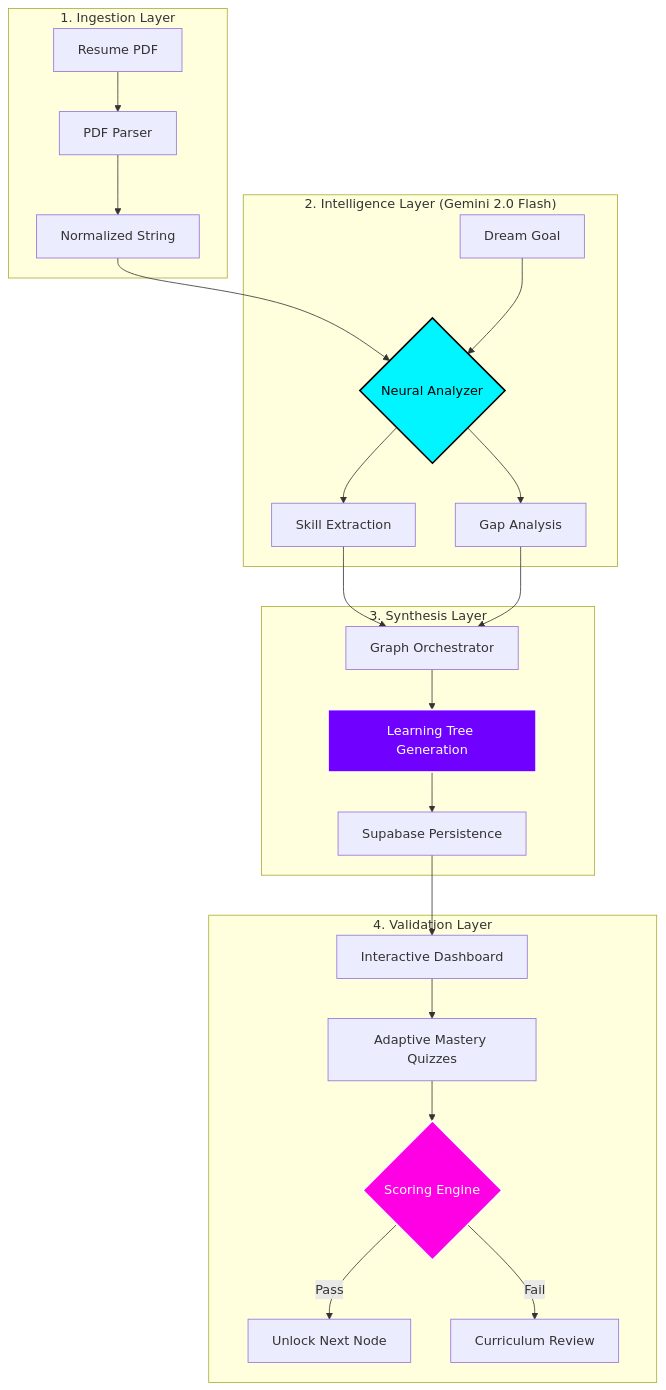
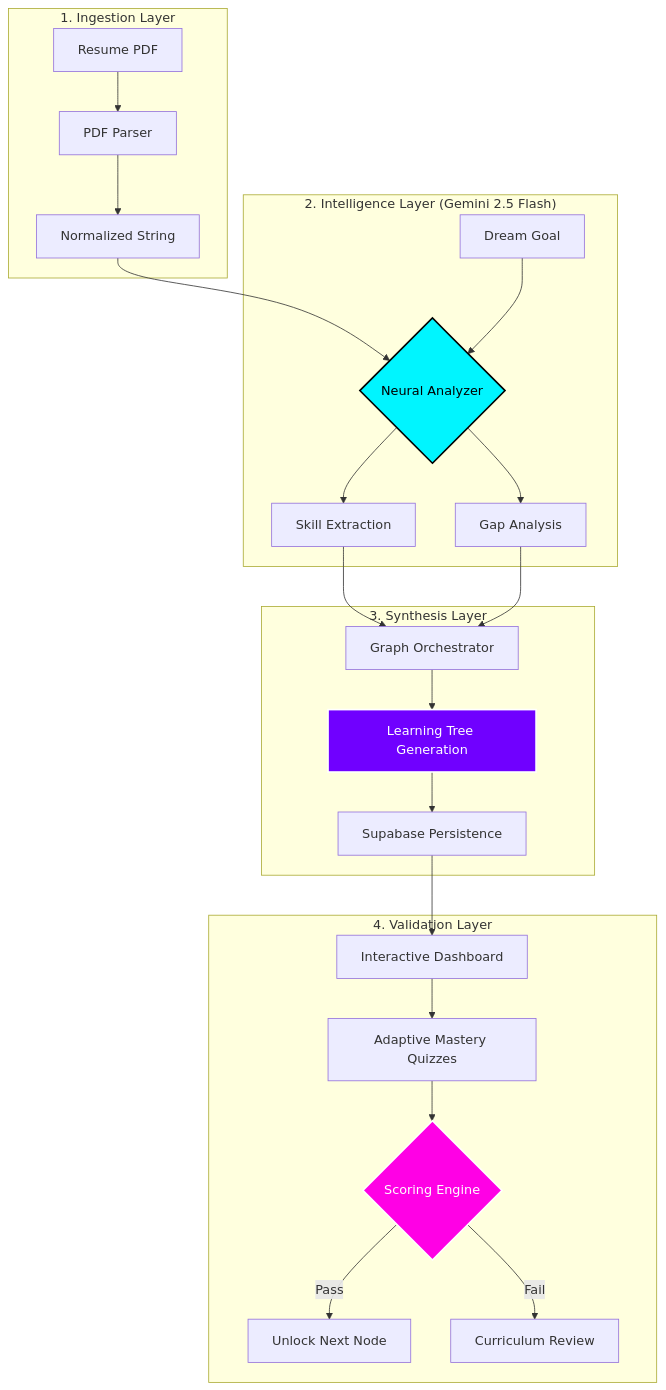
The diagram in README.md (diyamajee-spec/Neuro-Nest), drawn with Mermaid before and after one commit. The commit also changed other lines of this file and 3 other files, not shown here.

Commit message:
docs: update README with architectural upgrades and UI refinements

````diff
--- a/README.md
+++ b/README.md
@@ -16,32 +16,32 @@
 ```mermaid
 graph TD
     subgraph "1. Ingestion Layer"
         A[Resume PDF] --> B[PDF Parser]
         B --> C[Normalized String]
     end
 
-    subgraph "2. Intelligence Layer (Gemini 2.0 Flash)"
+    subgraph "2. Intelligence Layer (Gemini 2.5 Flash)"
         C --> D{Neural Analyzer}
         D --> E[Skill Extraction]
         D --> F[Gap Analysis]
         G[Dream Goal] --> D
     end
 
     subgraph "3. Synthesis Layer"
         E & F --> H[Graph Orchestrator]
         H --> I[Learning Tree Generation]
         I --> J[Supabase Persistence]
     end
 
     subgraph "4. Validation Layer"
         J --> K[Interactive Dashboard]
         K --> L[Adaptive Mastery Quizzes]
         L --> M{Scoring Engine}
         M -- Pass --> N[Unlock Next Node]
         M -- Fail --> O[Curriculum Review]
     end
     
     style D fill:#00F5FF,stroke:#000,stroke-width:2px,color:#000
     style I fill:#7000FF,stroke:#fff,stroke-width:2px,color:#fff
     style M fill:#FF00E5,stroke:#fff,stroke-width:2px,color:#fff
 ```
````
